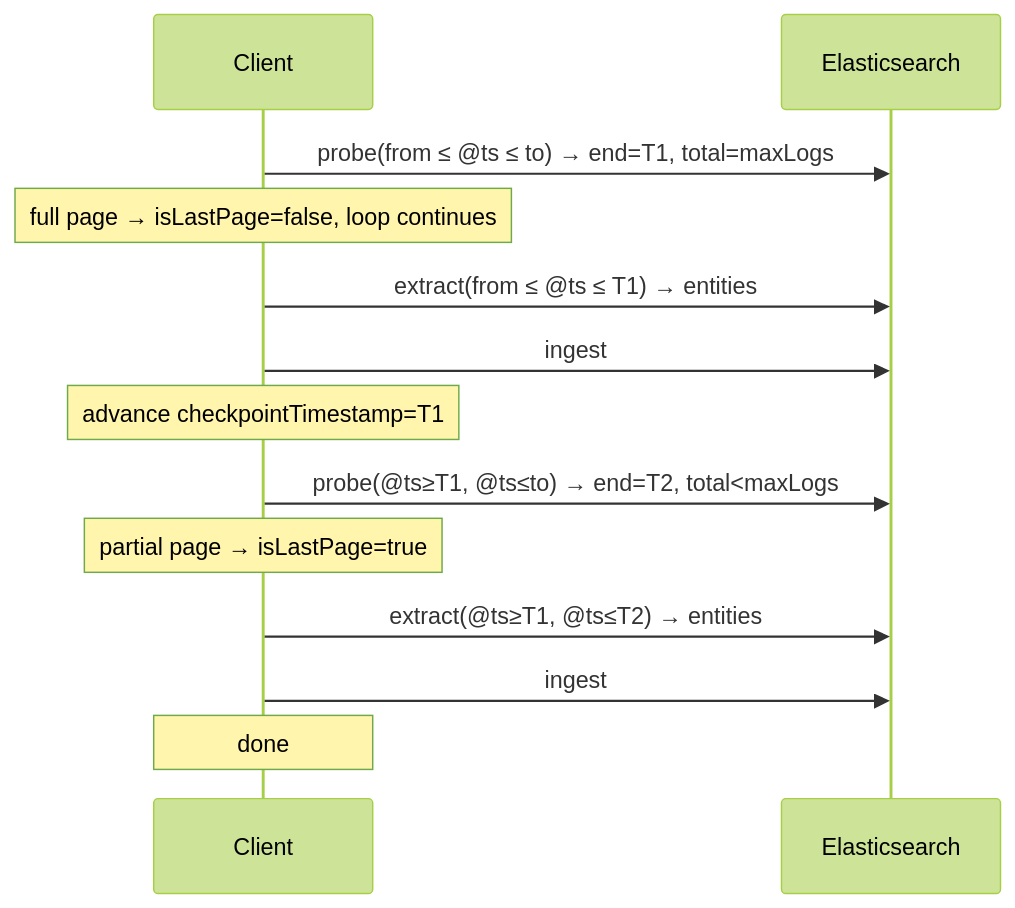
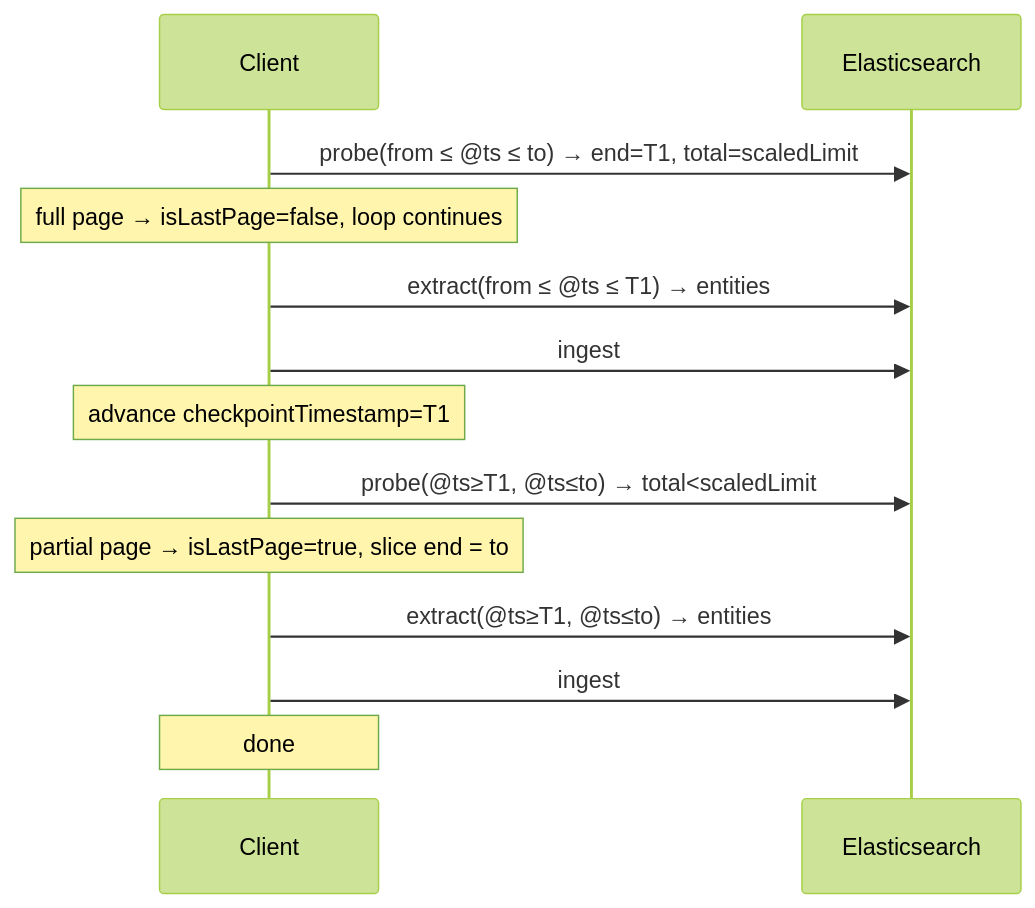
One commit to codacy-open-source-projects-scans/kibana changed the second of 8 diagrams in x-pack/platform/plugins/shared/entity_store/server/domain/logs_extraction/PAGINATION.md. Above: the diagram before and after it, drawn with Mermaid (forest theme). The commit also changed other lines of this file and 8101 other files, not shown here.

````diff
--- a/x-pack/platform/plugins/shared/entity_store/server/domain/logs_extraction/PAGINATION.md
+++ b/x-pack/platform/plugins/shared/entity_store/server/domain/logs_extraction/PAGINATION.md
@@ -52,17 +58,17 @@
 ```mermaid
 sequenceDiagram
     participant C as Client
     participant ES as Elasticsearch
 
-    C->>ES: probe(from ≤ @ts ≤ to) → end=T1, total=maxLogs
+    C->>ES: probe(from ≤ @ts ≤ to) → end=T1, total=scaledLimit
     Note over C: full page → isLastPage=false, loop continues
     C->>ES: extract(from ≤ @ts ≤ T1) → entities
     C->>ES: ingest
     Note over C: advance checkpointTimestamp=T1
 
-    C->>ES: probe(@ts≥T1, @ts≤to) → end=T2, total<maxLogs
-    Note over C: partial page → isLastPage=true
-    C->>ES: extract(@ts≥T1, @ts≤T2) → entities
+    C->>ES: probe(@ts≥T1, @ts≤to) → total<scaledLimit
+    Note over C: partial page → isLastPage=true, slice end = to
+    C->>ES: extract(@ts≥T1, @ts≤to) → entities
     C->>ES: ingest
     Note over C: done
 ```
````
